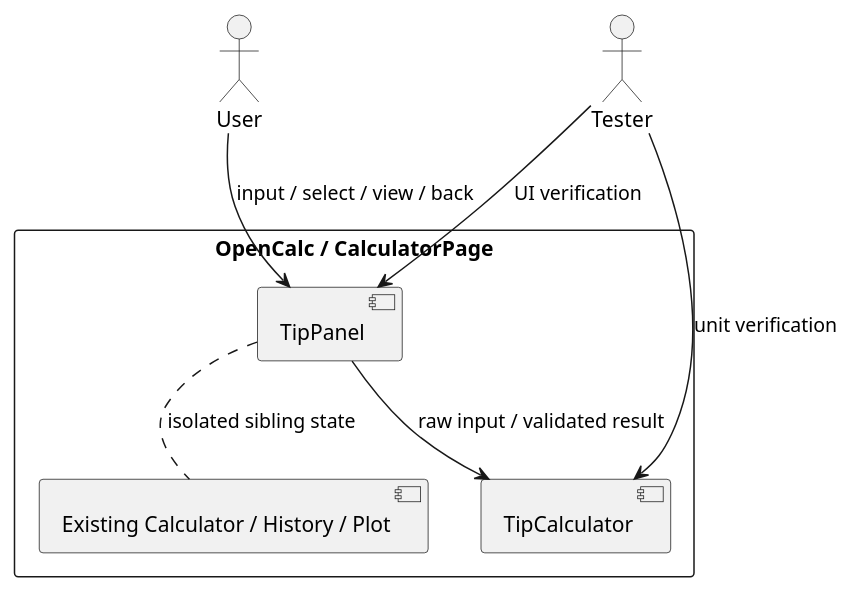
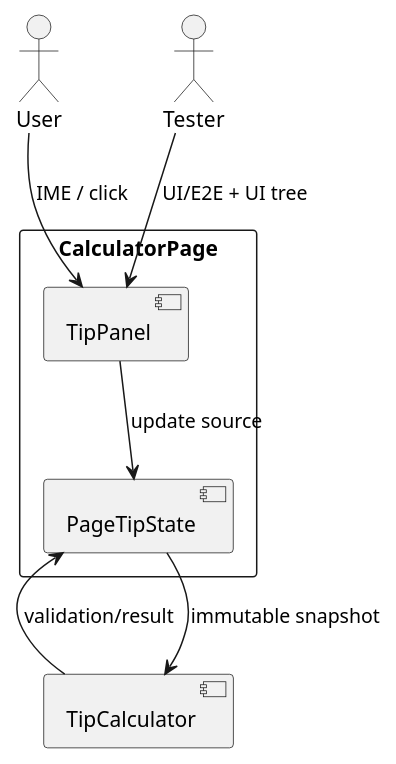
Before and after one commit to calculatorHuawei/agent_workflow: the first of 3 diagrams in specs/changes/20261024-bugfix-tip-calculator/delta-design.md, drawn with PlantUML. The commit also changed other lines of this file and 13 other files, not shown here.

````diff
--- a/specs/changes/20261024-bugfix-tip-calculator/delta-design.md
+++ b/specs/changes/20261024-bugfix-tip-calculator/delta-design.md
@@ -36,16 +31,16 @@
 ```plantuml
 @startuml
 actor User
 actor Tester
-rectangle "OpenCalc / CalculatorPage" {
+rectangle CalculatorPage {
   component TipPanel
-  component TipCalculator
-  component "Existing Calculator / History / Plot" as Existing
-  TipPanel --> TipCalculator : raw input / validated result
-  TipPanel .. Existing : isolated sibling state
+  component PageTipState
 }
-User --> TipPanel : input / select / view / back
-Tester --> TipPanel : UI verification
-Tester --> TipCalculator : unit verification
+component TipCalculator
+User --> TipPanel : IME / click
+TipPanel --> PageTipState : update source
+PageTipState --> TipCalculator : immutable snapshot
+TipCalculator --> PageTipState : validation/result
+Tester --> TipPanel : UI/E2E + UI tree
 @enduml
 ```
````
